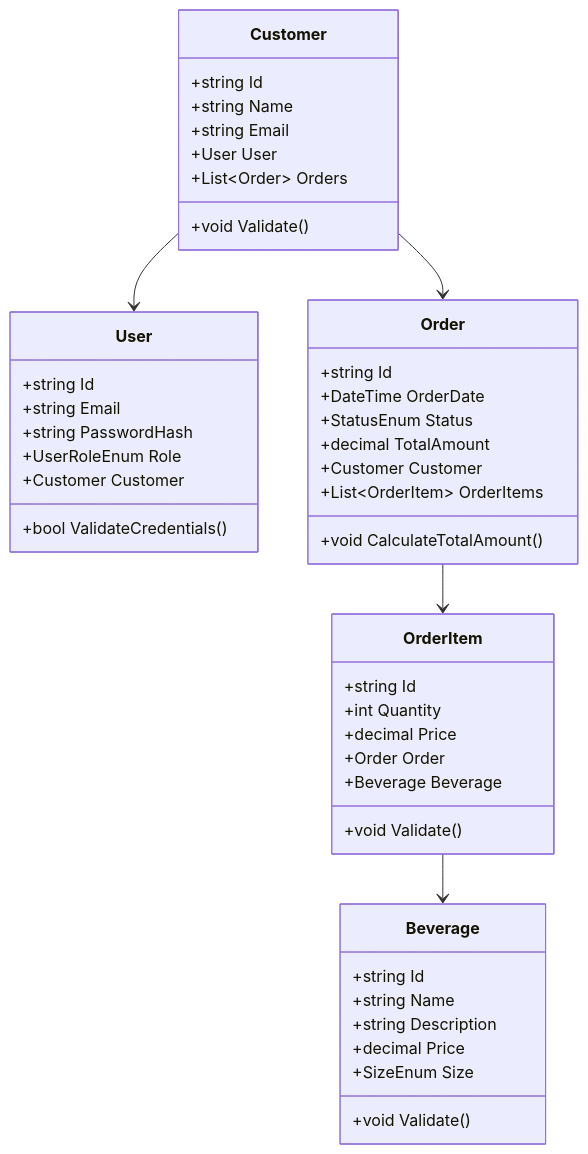
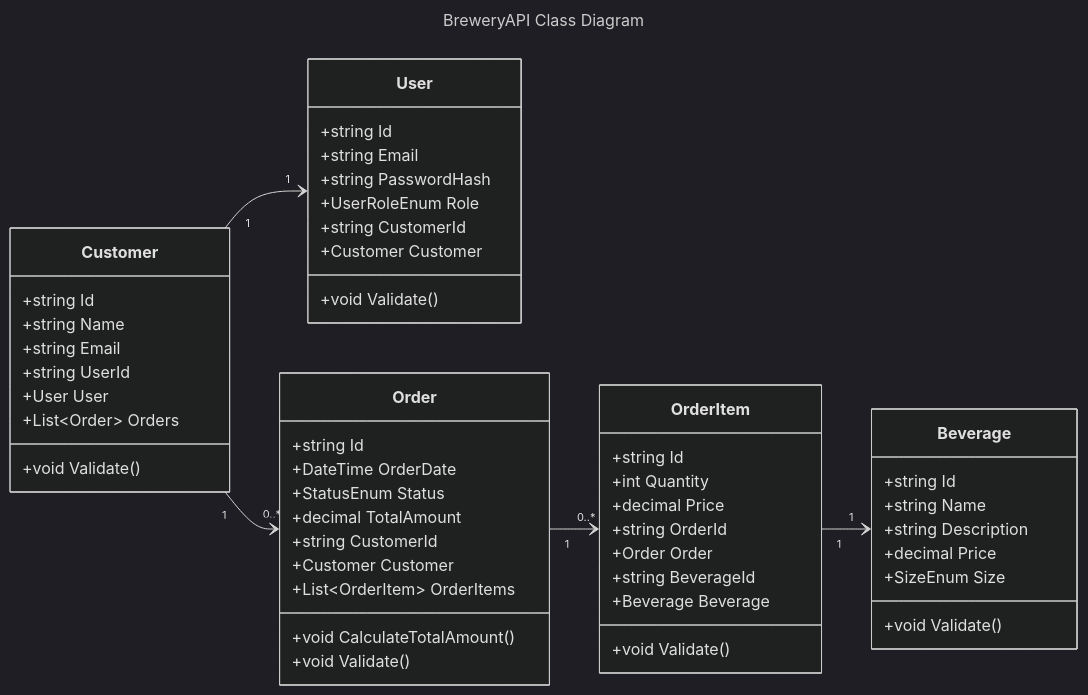
The second of 4 diagrams in README.md (Cal-ly/BreweryShowcase), drawn with Mermaid before and after one commit. The commit also changed other lines of this file, not shown here.

````diff
--- a/README.md
+++ b/README.md
@@ -124,53 +129,61 @@
 ```mermaid
+---
+title: BreweryAPI Class Diagram
+config:
+  theme: dark
+---
 classDiagram
+    direction LR
     class Customer {
         +string Id
         +string Name
         +string Email
+        +string UserId
         +User User
         +List~Order~ Orders
         +void Validate()
     }
-    
     class User {
         +string Id
         +string Email
         +string PasswordHash
         +UserRoleEnum Role
+        +string CustomerId
         +Customer Customer
-        +bool ValidateCredentials()
+        +void Validate()
     }
-    
     class Order {
         +string Id
         +DateTime OrderDate
         +StatusEnum Status
         +decimal TotalAmount
+        +string CustomerId
         +Customer Customer
         +List~OrderItem~ OrderItems
         +void CalculateTotalAmount()
+        +void Validate()
     }
-    
     class OrderItem {
         +string Id
         +int Quantity
         +decimal Price
+        +string OrderId
         +Order Order
+        +string BeverageId
         +Beverage Beverage
         +void Validate()
     }
-    
     class Beverage {
         +string Id
         +string Name
         +string Description
         +decimal Price
         +SizeEnum Size
         +void Validate()
     }
 
-    Customer --> User
-    Customer --> Order
-    Order --> OrderItem
-    OrderItem --> Beverage
+    Customer "1" --> "1" User
+    Customer "1" --> "0..*" Order
+    Order "1" --> "0..*" OrderItem
+    OrderItem "1" --> "1" Beverage
 ```
````
